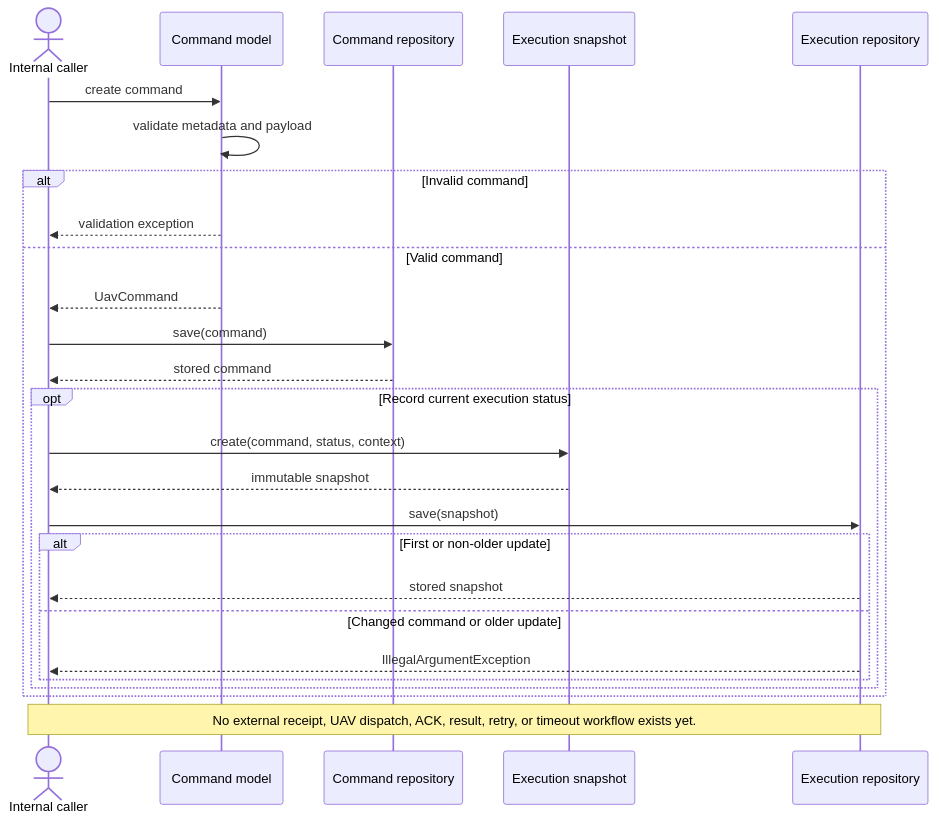
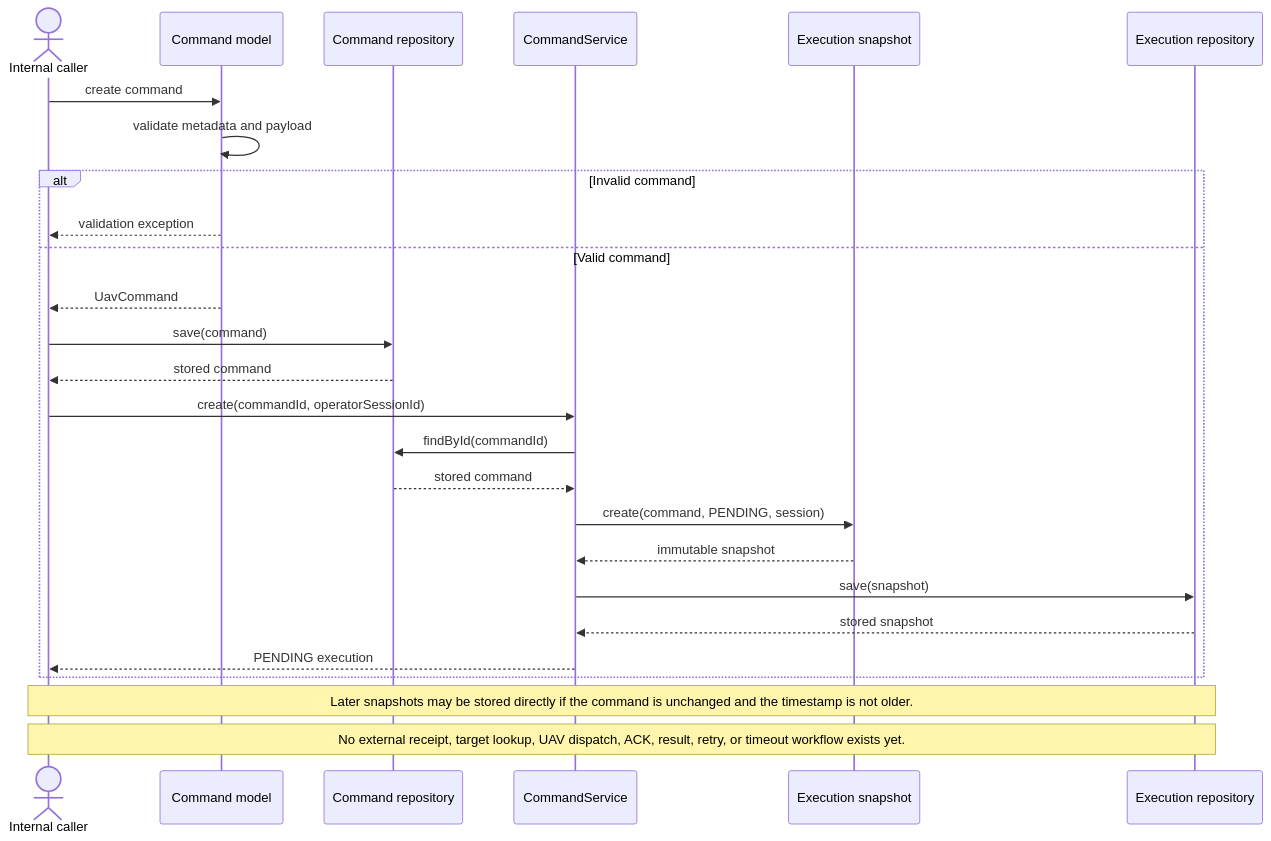
One commit to FranciscoGoal/UAV-Mission-Control changed the diagram in docs/diagram-sources/command-interaction.mmd. Above: the diagram before and after it, drawn with Mermaid. The commit also changed 16 other files, not shown here.

```diff
--- a/docs/diagram-sources/command-interaction.mmd
+++ b/docs/diagram-sources/command-interaction.mmd
@@ -1,27 +1,27 @@
 sequenceDiagram
     actor Caller as Internal caller
     participant Command as Command model
     participant CR as Command repository
+    participant Service as CommandService
     participant Execution as Execution snapshot
     participant ER as Execution repository
 
     Caller->>Command: create command
     Command->>Command: validate metadata and payload
     alt Invalid command
         Command-->>Caller: validation exception
     else Valid command
         Command-->>Caller: UavCommand
         Caller->>CR: save(command)
         CR-->>Caller: stored command
-        opt Record current execution status
-            Caller->>Execution: create(command, status, context)
-            Execution-->>Caller: immutable snapshot
-            Caller->>ER: save(snapshot)
-            alt First or non-older update
-                ER-->>Caller: stored snapshot
-            else Changed command or older update
-                ER-->>Caller: IllegalArgumentException
-            end
-        end
+        Caller->>Service: create(commandId, operatorSessionId)
+        Service->>CR: findById(commandId)
+        CR-->>Service: stored command
+        Service->>Execution: create(command, PENDING, session)
+        Execution-->>Service: immutable snapshot
+        Service->>ER: save(snapshot)
+        ER-->>Service: stored snapshot
+        Service-->>Caller: PENDING execution
     end
-    Note over Caller,ER: No external receipt, UAV dispatch, ACK, result, retry, or timeout workflow exists yet.
+    Note over Caller,ER: Later snapshots may be stored directly if the command is unchanged and the timestamp is not older.
+    Note over Caller,ER: No external receipt, target lookup, UAV dispatch, ACK, result, retry, or timeout workflow exists yet.
```
